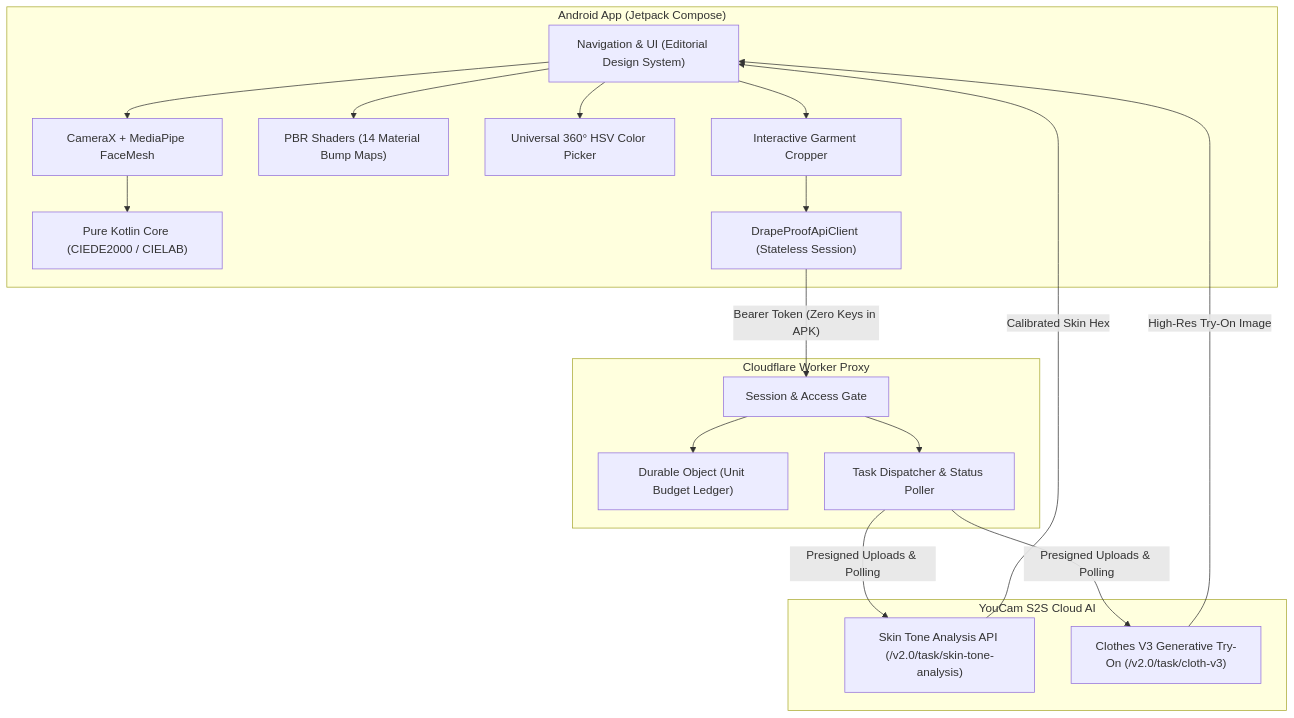
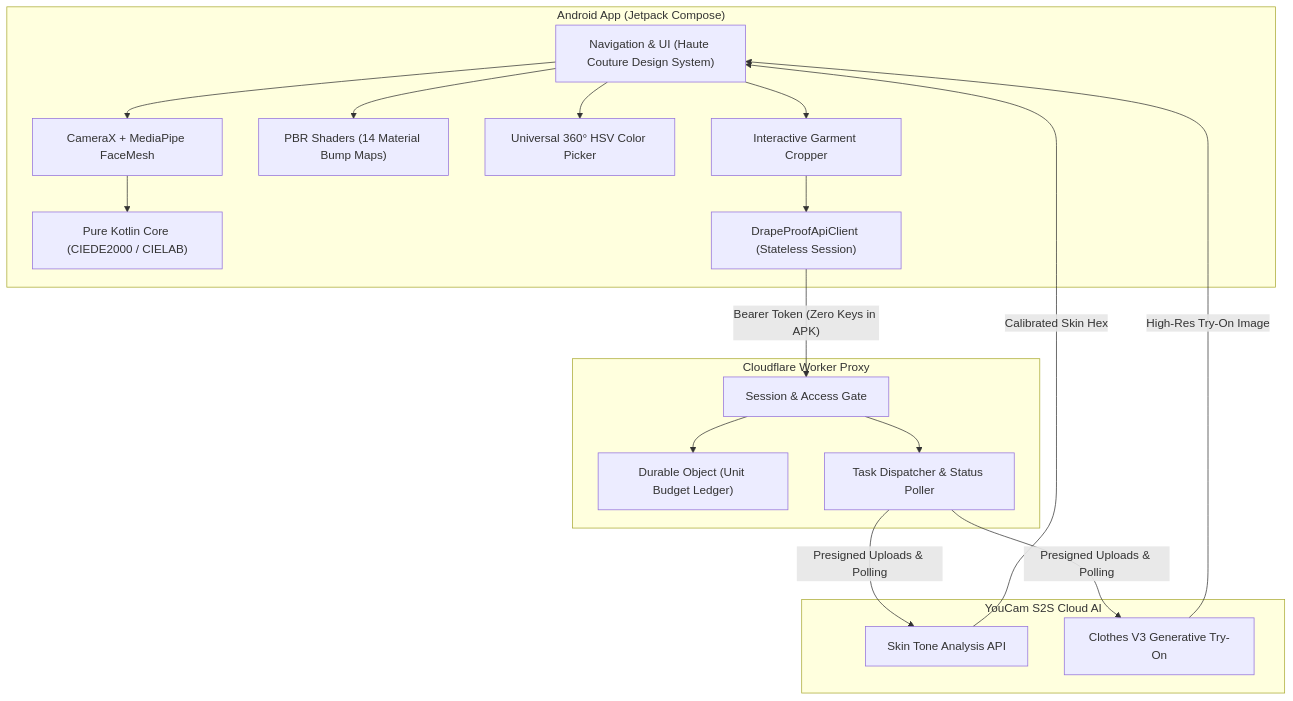
One commit to abhayzangir1/DrapeIt changed the diagram in README.md. Above: the diagram before and after it, drawn with Mermaid. The commit also changed other lines of this file and 55 other files, not shown here.

````diff
--- a/README.md
+++ b/README.md
@@ -71,37 +61,37 @@
 ```mermaid
 flowchart TD
     subgraph Client ["Android App (Jetpack Compose)"]
-        UI["Navigation & UI (Editorial Design System)"]
+        UI["Navigation & UI (Haute Couture Design System)"]
         CAM["CameraX + MediaPipe FaceMesh"]
         PBR["PBR Shaders (14 Material Bump Maps)"]
         HSV["Universal 360° HSV Color Picker"]
         CROP["Interactive Garment Cropper"]
         CORE["Pure Kotlin Core (CIEDE2000 / CIELAB)"]
         API["DrapeProofApiClient (Stateless Session)"]
     end
 
     subgraph Backend ["Cloudflare Worker Proxy"]
         AUTH["Session & Access Gate"]
         LEDGER["Durable Object (Unit Budget Ledger)"]
         TASK["Task Dispatcher & Status Poller"]
     end
 
     subgraph YouCam ["YouCam S2S Cloud AI"]
-        SKIN["Skin Tone Analysis API (/v2.0/task/skin-tone-analysis)"]
-        VTO["Clothes V3 Generative Try-On (/v2.0/task/cloth-v3)"]
+        SKIN["Skin Tone Analysis API"]
+        VTO["Clothes V3 Generative Try-On"]
     end
 
     UI --> CAM
     CAM --> CORE
     UI --> PBR
     UI --> HSV
     UI --> CROP
     CROP --> API
     API -->|"Bearer Token (Zero Keys in APK)"| AUTH
     AUTH --> LEDGER
     AUTH --> TASK
     TASK -->|"Presigned Uploads & Polling"| SKIN
     TASK -->|"Presigned Uploads & Polling"| VTO
     VTO -->|"High-Res Try-On Image"| UI
     SKIN -->|"Calibrated Skin Hex"| UI
 ```
````
